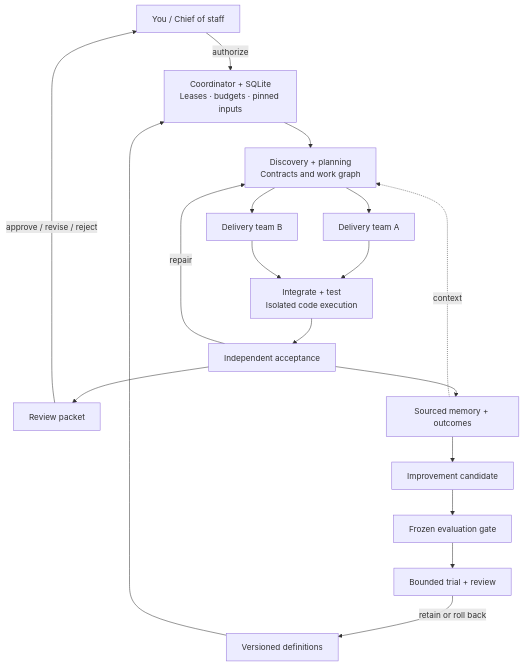
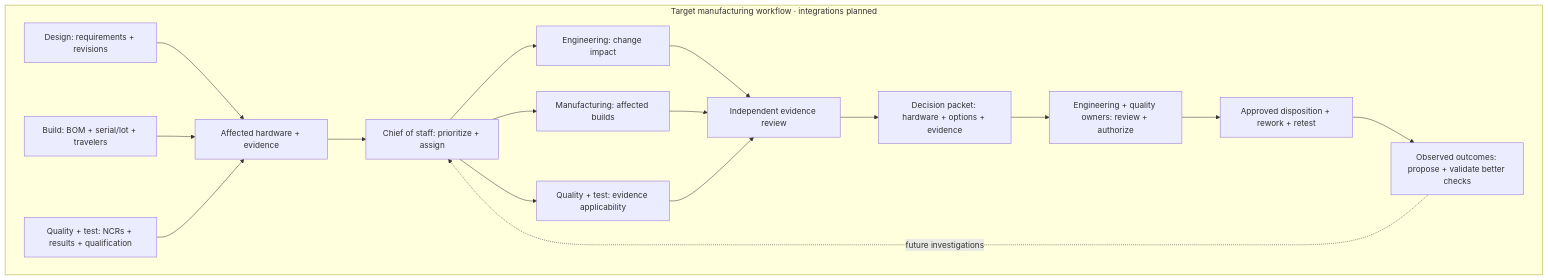
Before and after one commit to paulmalmquist/swarm_2: the diagram in docs/architecture-overview.mmd, drawn with Mermaid. The commit also changed 9 other files, not shown here.

Commit message:
Center architecture overview on rocket manufacturing workflow

```diff
--- a/docs/architecture-overview.mmd
+++ b/docs/architecture-overview.mmd
@@ -1,18 +1,18 @@
 flowchart TD
-    Paul["You / Chief of staff"] -->|authorize| Control["Coordinator + SQLite<br/>Leases · budgets · pinned inputs"]
-    Control --> Plan["Discovery + planning<br/>Contracts and work graph"]
-    Plan --> A["Delivery team A"]
-    Plan --> B["Delivery team B"]
-    A --> Check["Integrate + test<br/>Isolated code execution"]
-    B --> Check
-    Check --> Verify["Independent acceptance"]
-    Verify -->|repair| Plan
-    Verify --> Review["Review packet"]
-    Review -->|approve / revise / reject| Paul
-    Verify --> Memory["Sourced memory + outcomes"]
-    Memory -. context .-> Plan
-    Memory --> Candidate["Improvement candidate"]
-    Candidate --> Gate["Frozen evaluation gate"]
-    Gate --> Trial["Bounded trial + review"]
-    Trial -->|retain or roll back| Release["Versioned definitions"]
-    Release --> Control
+    subgraph Target["Target manufacturing workflow · integrations planned"]
+        Design["Design: requirements + revisions"] --> Context["Affected hardware + evidence"]
+        Build["Build: BOM + serial/lot + travelers"] --> Context
+        Quality["Quality + test: NCRs + results + qualification"] --> Context
+        Context --> Chief["Chief of staff: prioritize + assign"]
+        Chief --> Engineering["Engineering: change impact"]
+        Chief --> Manufacturing["Manufacturing: affected builds"]
+        Chief --> Assurance["Quality + test: evidence applicability"]
+        Engineering --> Review["Independent evidence review"]
+        Manufacturing --> Review
+        Assurance --> Review
+        Review --> Packet["Decision packet: hardware + options + evidence"]
+        Packet --> Human["Engineering + quality owners: review + authorize"]
+        Human --> Action["Approved disposition + rework + retest"]
+        Action --> Learning["Observed outcomes: propose + validate better checks"]
+        Learning -. future investigations .-> Chief
+    end
```
